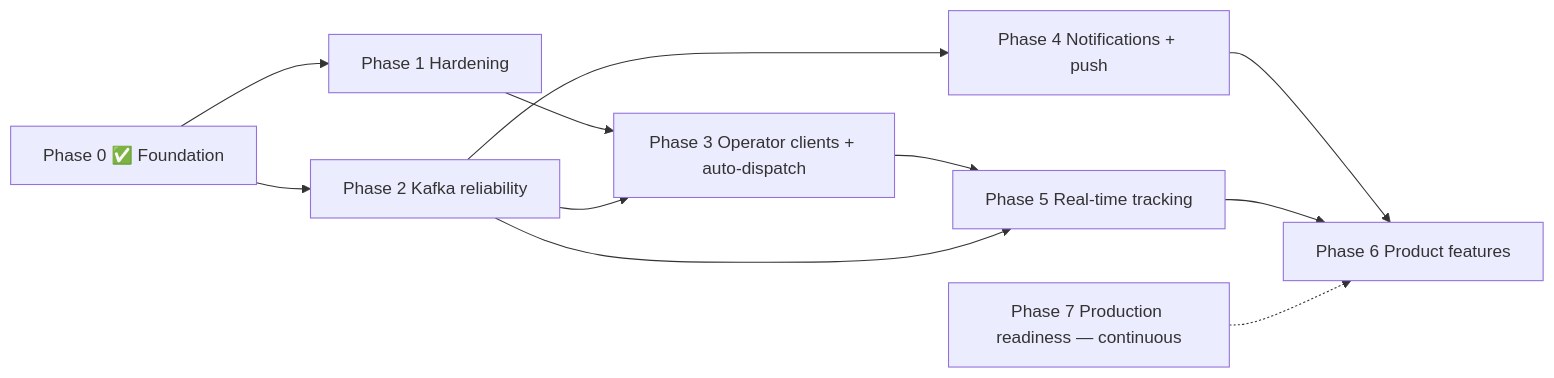
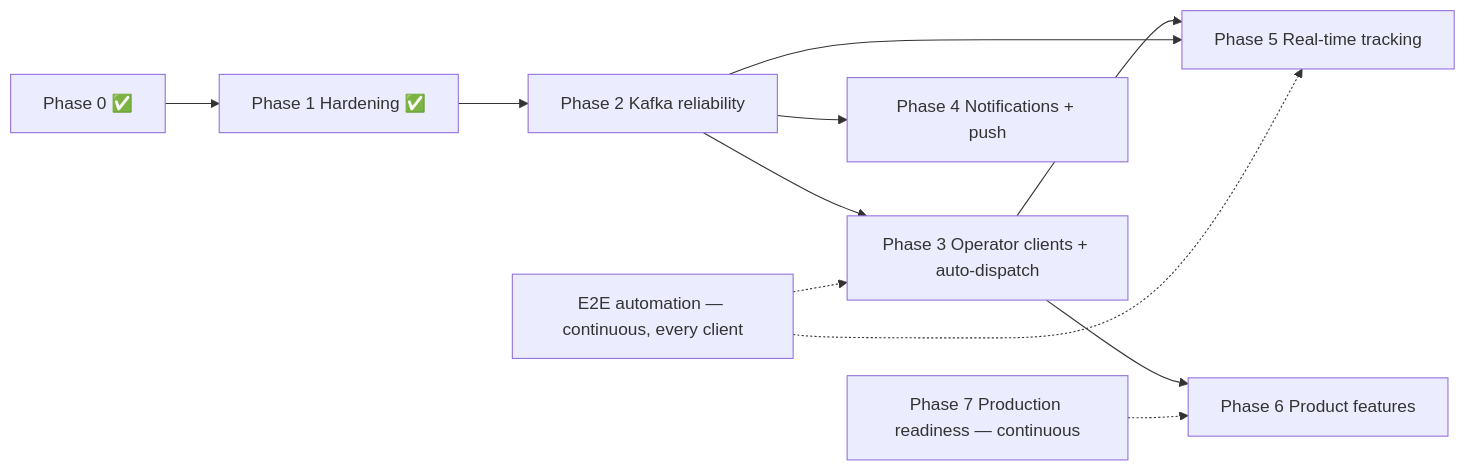
One commit to Delivery-Plus0/delivery-plus-customer-app changed the diagram in planning.md. Above: the diagram before and after it, drawn with Mermaid. The commit also changed other lines of this file, not shown here.

First line of the commit message:
docs(planning): hardening done, E2E automation, recalculated roadmap

````diff
--- a/planning.md
+++ b/planning.md
@@ -174,13 +91,13 @@
 ```mermaid
 flowchart LR
-    P0[Phase 0 ✅ Foundation] --> P1[Phase 1 Hardening]
-    P0 --> P2[Phase 2 Kafka reliability]
-    P1 --> P3[Phase 3 Operator clients + auto-dispatch]
-    P2 --> P3
+    P0[Phase 0 ✅] --> P1[Phase 1 Hardening ✅]
+    P1 --> P2[Phase 2 Kafka reliability]
+    P2 --> P3[Phase 3 Operator clients + auto-dispatch]
     P2 --> P4[Phase 4 Notifications + push]
     P3 --> P5[Phase 5 Real-time tracking]
     P2 --> P5
-    P4 --> P6[Phase 6 Product features]
-    P5 --> P6
-    P7[Phase 7 Production readiness — continuous] -.-> P6
+    P3 --> P6[Phase 6 Product features]
+    E[E2E automation — continuous, every client] -.-> P3
+    E -.-> P5
+    R[Phase 7 Production readiness — continuous] -.-> P6
 ```
````
